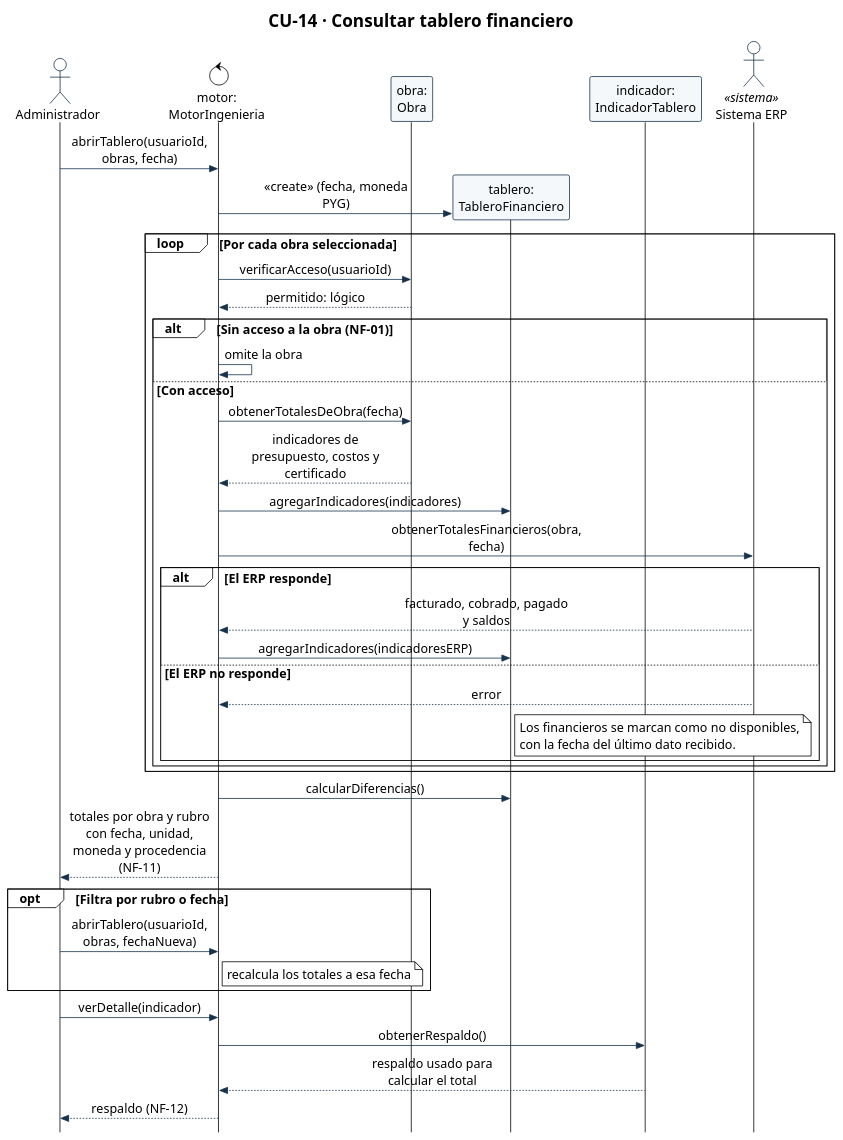
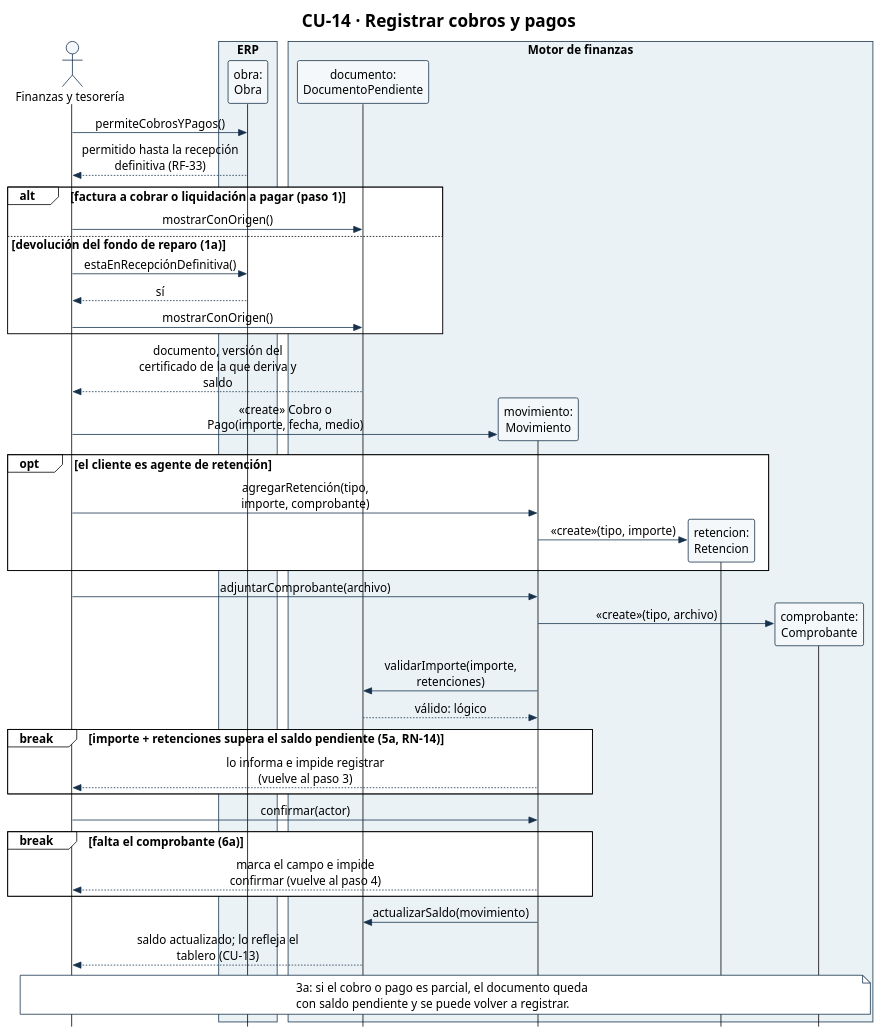
Before and after one commit to Ssrrb/tpf-uca: the diagram in diagramas/CU-14-secuencia.puml, drawn with PlantUML. The commit also changed 61 other files, not shown here.

First line of the commit message:
Regenera los diagramas para la v8 del Modelo de Análisis

```diff
--- a/diagramas/CU-14-secuencia.puml
+++ b/diagramas/CU-14-secuencia.puml
@@ -1,60 +1,70 @@
 @startuml
 !theme plain
 skinparam style strictuml
 skinparam shadowing false
 skinparam defaultFontName Arial
-skinparam defaultFontSize 16
+skinparam defaultFontSize 15
 skinparam sequenceMessageAlign center
-skinparam maxMessageSize 210
+skinparam maxMessageSize 220
 skinparam ParticipantPadding 8
+skinparam BoxPadding 6
 skinparam ParticipantBackgroundColor #F5F8FA
 skinparam ParticipantBorderColor #17324D
 skinparam ActorBorderColor #17324D
+skinparam ActorBackgroundColor #F5F8FA
 skinparam ArrowColor #17324D
+skinparam SequenceBoxBorderColor #17324D
+skinparam note {
+  BackgroundColor #FFFFFF
+  BorderColor #17324D
+}
 hide footbox
-title CU-14 · Consultar tablero financiero
-actor "Administrador" as Admin
-control "motor:\nMotorIngenieria" as Motor
+title CU-14 · Registrar cobros y pagos
+actor "Finanzas y tesorería" as Fin
+box "ERP" #EAF2F6
 participant "obra:\nObra" as Obra
-participant "tablero:\nTableroFinanciero" as Tablero
-participant "indicador:\nIndicadorTablero" as Indicador
-actor "Sistema ERP" as ERP <<sistema>>
+end box
+box "Motor de finanzas" #EAF2F6
+participant "documento:\nDocumentoPendiente" as Doc
+participant "movimiento:\nMovimiento" as Mov
+participant "retencion:\nRetencion" as Ret
+participant "comprobante:\nComprobante" as Comp
+end box
 
-Admin -> Motor: abrirTablero(usuarioId, obras, fecha)
-create Tablero
-Motor -> Tablero: «create» (fecha, moneda PYG)
-loop Por cada obra seleccionada
-  Motor -> Obra: verificarAcceso(usuarioId)
-  Obra --> Motor: permitido: lógico
-  alt Sin acceso a la obra (NF-01)
-    Motor -> Motor: omite la obra
-  else Con acceso
-    Motor -> Obra: obtenerTotalesDeObra(fecha)
-    Obra --> Motor: indicadores de presupuesto, costos y certificado
-    Motor -> Tablero: agregarIndicadores(indicadores)
-    Motor -> ERP: obtenerTotalesFinancieros(obra, fecha)
-    alt El ERP responde
-      ERP --> Motor: facturado, cobrado, pagado y saldos
-      Motor -> Tablero: agregarIndicadores(indicadoresERP)
-    else El ERP no responde
-      ERP --> Motor: error
-      note right of Tablero
-        Los financieros se marcan como no disponibles,
-        con la fecha del último dato recibido.
-      end note
-    end
-  end
+Fin -> Obra: permiteCobrosYPagos()
+Obra --> Fin: permitido hasta la recepción definitiva (RF-33)
+alt factura a cobrar o liquidación a pagar (paso 1)
+  Fin -> Doc: mostrarConOrigen()
+else devolución del fondo de reparo (1a)
+  Fin -> Obra: estaEnRecepciónDefinitiva()
+  Obra --> Fin: sí
+  Fin -> Doc: mostrarConOrigen()
 end
-Motor -> Tablero: calcularDiferencias()
-Motor --> Admin: totales por obra y rubro con fecha, unidad,\nmoneda y procedencia (NF-11)
+Doc --> Fin: documento, versión del certificado de la que deriva y saldo
 
-opt Filtra por rubro o fecha
-  Admin -> Motor: abrirTablero(usuarioId, obras, fechaNueva)
-  note right of Motor: recalcula los totales a esa fecha
+create Mov
+Fin -> Mov: «create» Cobro o Pago(importe, fecha, medio)
+opt el cliente es agente de retención
+  Fin -> Mov: agregarRetención(tipo, importe, comprobante)
+  create Ret
+  Mov -> Ret: «create»(tipo, importe)
 end
-
-Admin -> Motor: verDetalle(indicador)
-Motor -> Indicador: obtenerRespaldo()
-Indicador --> Motor: respaldo usado para calcular el total
-Motor --> Admin: respaldo (NF-12)
+Fin -> Mov: adjuntarComprobante(archivo)
+create Comp
+Mov -> Comp: «create»(tipo, archivo)
+Mov -> Doc: validarImporte(importe, retenciones)
+Doc --> Mov: válido: lógico
+break importe + retenciones supera el saldo pendiente (5a, RN-14)
+  Mov --> Fin: lo informa e impide registrar (vuelve al paso 3)
+end
+Fin -> Mov: confirmar(actor)
+break falta el comprobante (6a)
+  Mov --> Fin: marca el campo e impide confirmar (vuelve al paso 4)
+end
+Mov -> Doc: actualizarSaldo(movimiento)
+Doc --> Fin: saldo actualizado; lo refleja el tablero (CU-13)
+note over Fin, Comp
+  3a: si el cobro o pago es parcial, el documento queda
+  con saldo pendiente y se puede volver a registrar.
+end note
 @enduml
```
